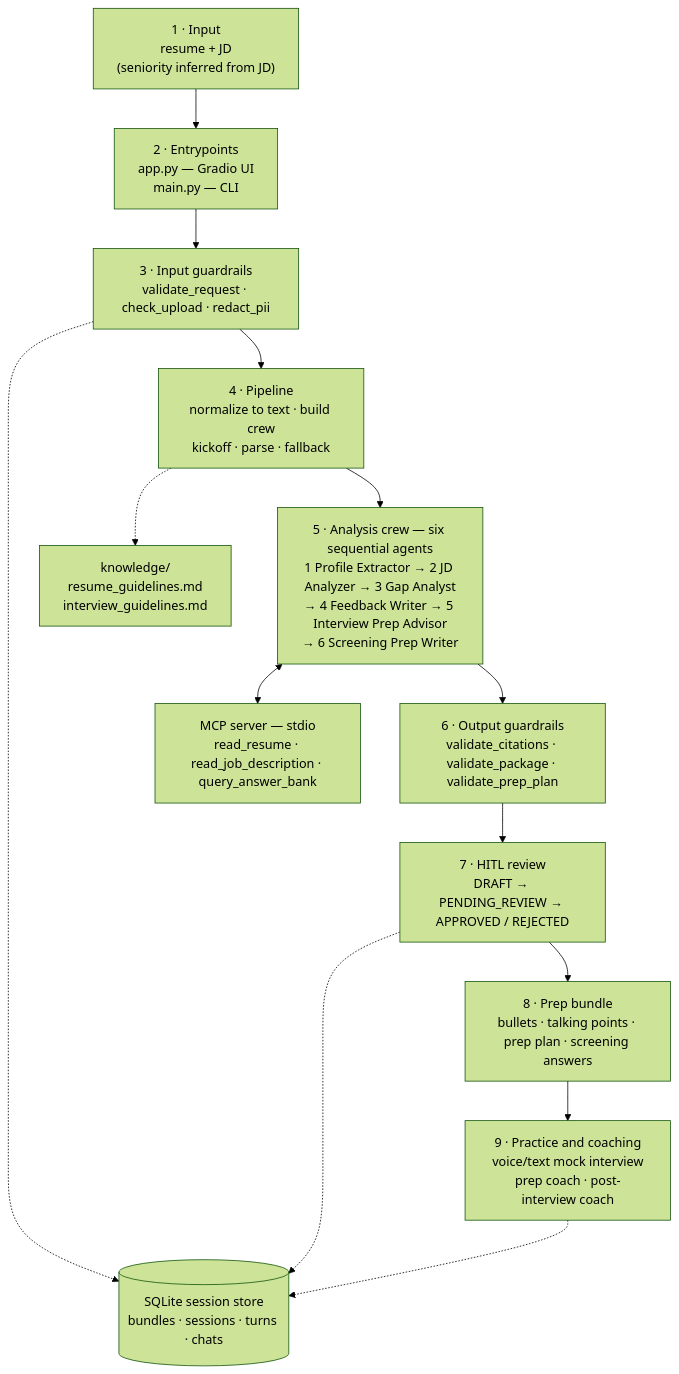
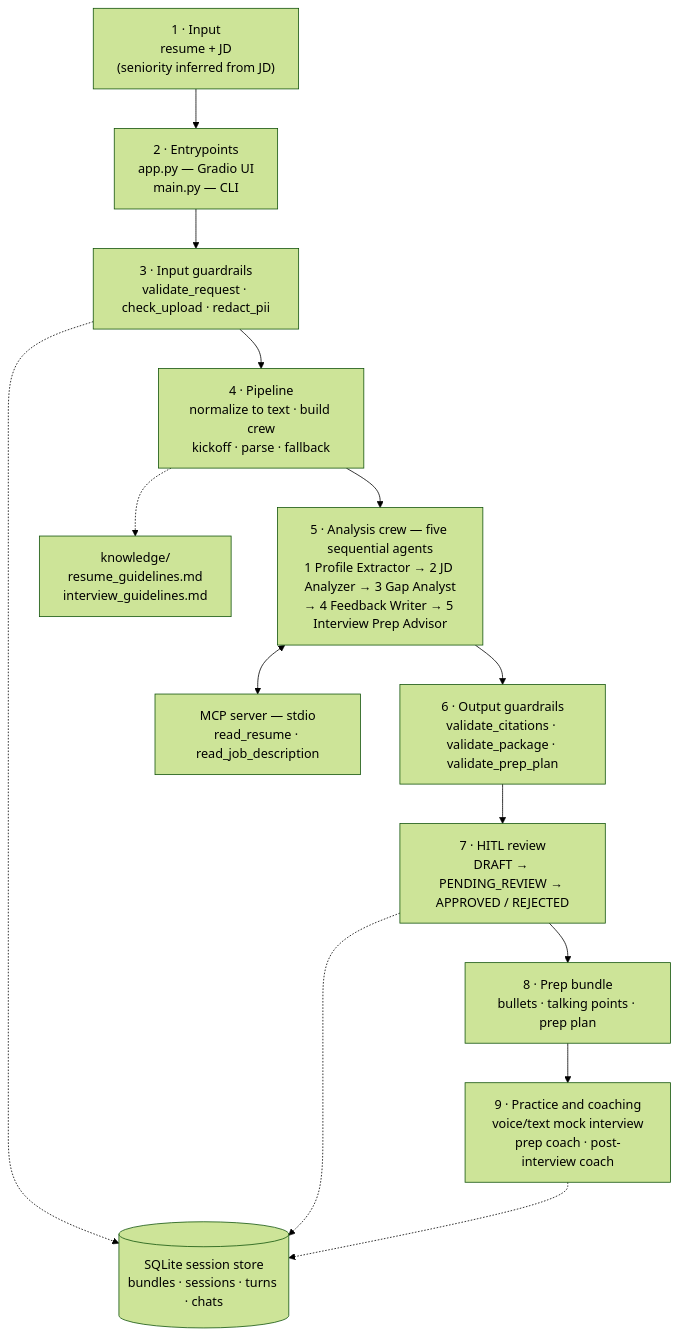
Before and after one commit to helenapedro/careercrew: the first of 3 diagrams in ARCHITECTURE.md, drawn with Mermaid (forest theme). The commit also changed other lines of this file and 23 other files, not shown here.

First line of the commit message:
refactor: drop the unused screening agent and answer bank

````diff
--- a/ARCHITECTURE.md
+++ b/ARCHITECTURE.md
@@ -27,20 +26,20 @@
 ```mermaid
 flowchart TD
     S1["1 · Input<br/>resume + JD<br/>(seniority inferred from JD)"]
     S2["2 · Entrypoints<br/>app.py — Gradio UI<br/>main.py — CLI"]
     S3["3 · Input guardrails<br/>validate_request · check_upload · redact_pii"]
     S4["4 · Pipeline<br/>normalize to text · build crew<br/>kickoff · parse · fallback"]
-    S5["5 · Analysis crew — six sequential agents<br/>1 Profile Extractor → 2 JD Analyzer → 3 Gap Analyst<br/>→ 4 Feedback Writer → 5 Interview Prep Advisor<br/>→ 6 Screening Prep Writer"]
+    S5["5 · Analysis crew — five sequential agents<br/>1 Profile Extractor → 2 JD Analyzer → 3 Gap Analyst<br/>→ 4 Feedback Writer → 5 Interview Prep Advisor"]
     S6["6 · Output guardrails<br/>validate_citations · validate_package · validate_prep_plan"]
     S7["7 · HITL review<br/>DRAFT → PENDING_REVIEW → APPROVED / REJECTED"]
-    S8["8 · Prep bundle<br/>bullets · talking points · prep plan · screening answers"]
+    S8["8 · Prep bundle<br/>bullets · talking points · prep plan"]
     S9["9 · Practice and coaching<br/>voice/text mock interview<br/>prep coach · post-interview coach"]
 
     S1 --> S2 --> S3 --> S4 --> S5 --> S6 --> S7 --> S8 --> S9
 
-    S5 <--> MCP["MCP server — stdio<br/>read_resume · read_job_description · query_answer_bank"]
+    S5 <--> MCP["MCP server — stdio<br/>read_resume · read_job_description"]
     S4 -.-> K["knowledge/<br/>resume_guidelines.md<br/>interview_guidelines.md"]
     S3 -.-> DB[("SQLite session store<br/>bundles · sessions · turns · chats")]
     S7 -.-> DB
     S9 -.-> DB
 ```
````
